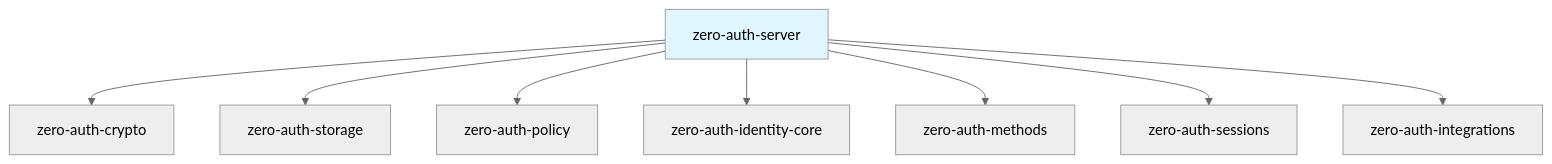
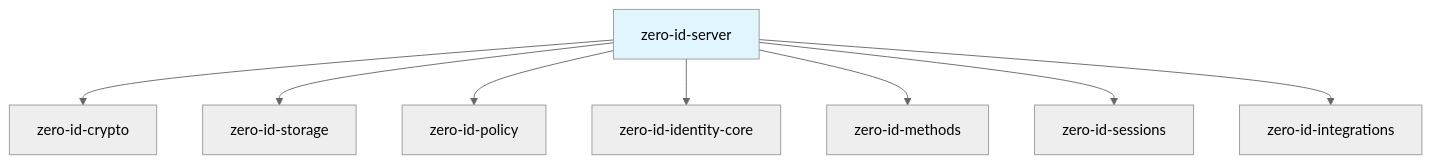
One commit to cypher-asi/zero-auth changed the first of 5 diagrams in docs/spec/v0.1/08-server.md. Above: the diagram before and after it, drawn with Mermaid (neutral theme). The commit also changed other lines of this file and 235 other files, not shown here.

Commit message:
refactor: rename zero-auth to zero-id across codebase

````diff
--- a/docs/spec/v0.1/08-server.md
+++ b/docs/spec/v0.1/08-server.md
@@ -29,21 +29,21 @@
 ```mermaid
 graph TD
-    CRYPTO[zero-auth-crypto]
-    STORAGE[zero-auth-storage]
-    POLICY[zero-auth-policy]
-    IDENTITY[zero-auth-identity-core]
-    METHODS[zero-auth-methods]
-    SESSIONS[zero-auth-sessions]
-    INTEGRATIONS[zero-auth-integrations]
-    SERVER[zero-auth-server]
+    CRYPTO[zero-id-crypto]
+    STORAGE[zero-id-storage]
+    POLICY[zero-id-policy]
+    IDENTITY[zero-id-identity-core]
+    METHODS[zero-id-methods]
+    SESSIONS[zero-id-sessions]
+    INTEGRATIONS[zero-id-integrations]
+    SERVER[zero-id-server]
     
     SERVER --> CRYPTO
     SERVER --> STORAGE
     SERVER --> POLICY
     SERVER --> IDENTITY
     SERVER --> METHODS
     SERVER --> SESSIONS
     SERVER --> INTEGRATIONS
     
     style SERVER fill:#e1f5fe
 ```
````
